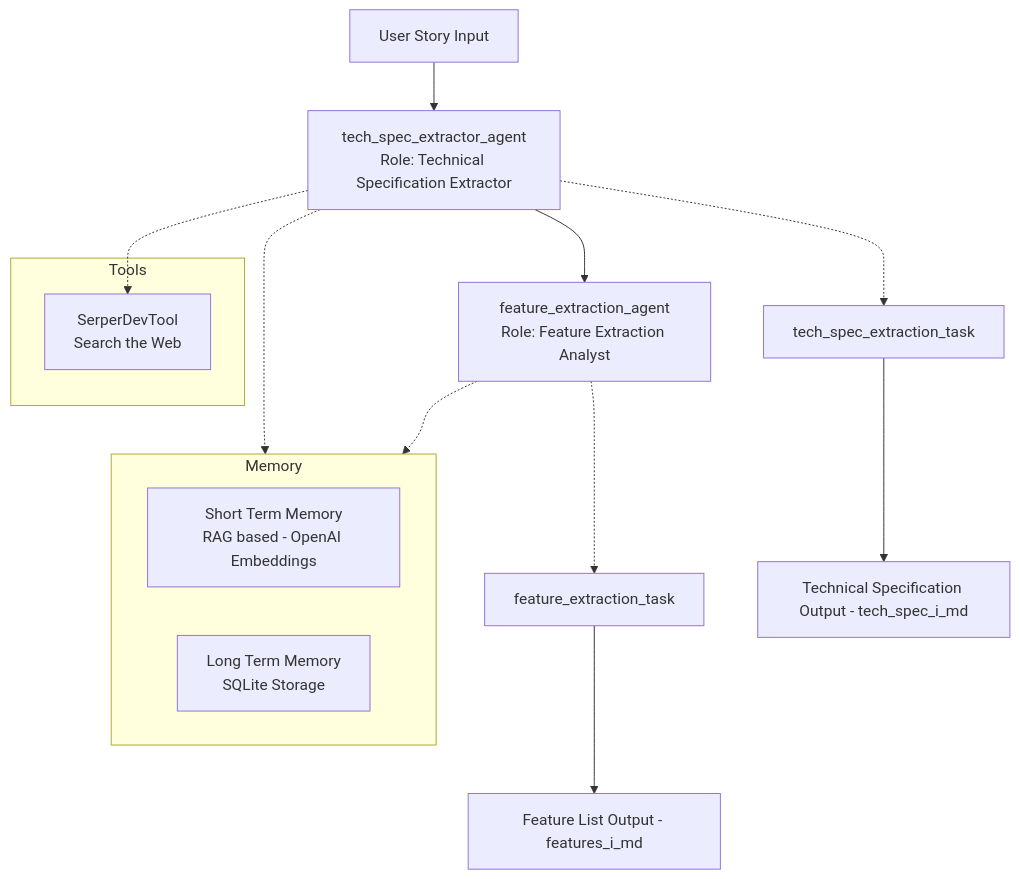
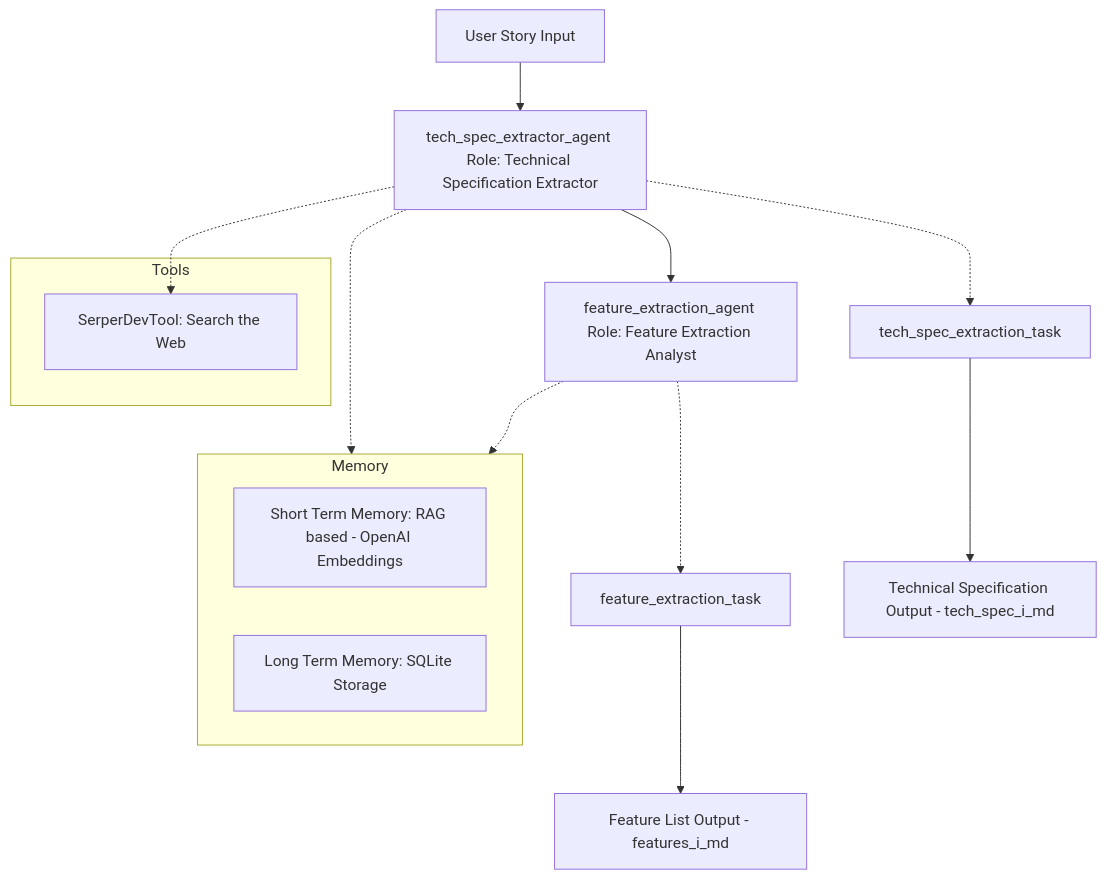
One commit to LadaSemicheva/crewai-feature-planning changed the diagram in README.md. Above: the diagram before and after it, drawn with Mermaid.

Commit message:
diagram formatting

````diff
--- a/README.md
+++ b/README.md
@@ -17,36 +17,36 @@
 ```mermaid
 flowchart TD
     A[User Story Input]
-    A1[tech_spec_extractor_agent\nRole: Technical Specification Extractor]
-    A2[feature_extraction_agent\nRole: Feature Extraction Analyst]
+    A1[tech_spec_extractor_agent Role: Technical Specification Extractor]
+    A2[feature_extraction_agent Role: Feature Extraction Analyst]
     T1[tech_spec_extraction_task]
     T2[feature_extraction_task]
     TS[Technical Specification Output - tech_spec_i_md]
     F[Feature List Output - features_i_md]
     subgraph Tools
-        S1[SerperDevTool\nSearch the Web]
+        S1[SerperDevTool: Search the Web]
     end
 
 
     A --> A1
     A1 -.-> T1
     T1 --> TS
 
     A1 --> A2
     T2 --> F
 
     A2 -.-> T2
     A1 -.-> S1
 
     subgraph Memory
-        STM[Short Term Memory\nRAG based - OpenAI Embeddings]
-        LTM[Long Term Memory\nSQLite Storage]
+        STM[Short Term Memory: RAG based - OpenAI Embeddings]
+        LTM[Long Term Memory: SQLite Storage]
     end
 
     A1 -.-> Memory
     A2 -.-> Memory
 
 
 
 
 ```
````
